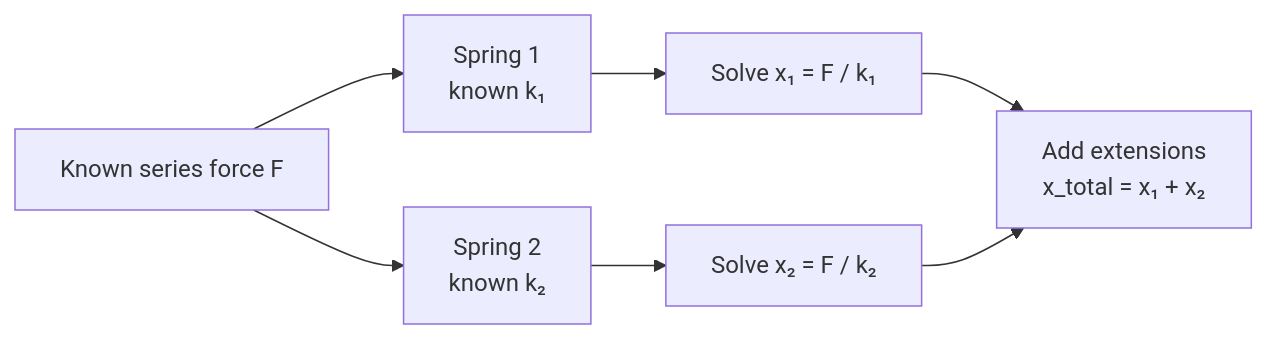
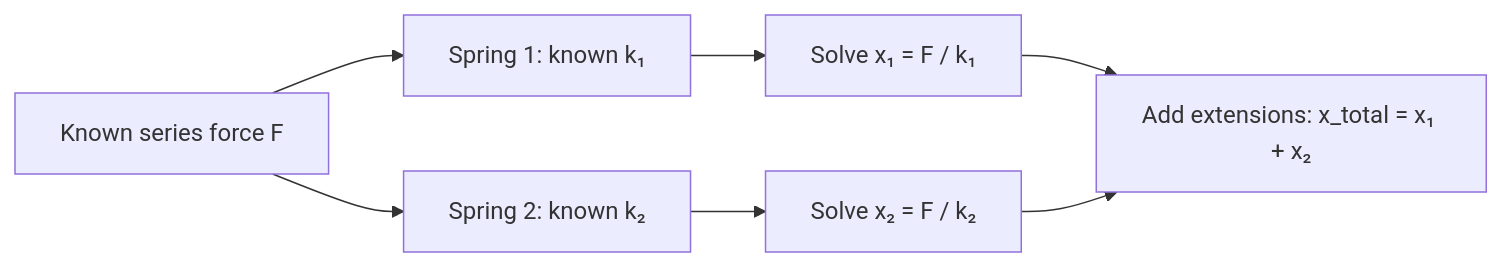
One commit to aviation-impact-accelerator/bilt changed the third of 3 diagrams in docs/worked_examples/two-springs-in-series.md. Above: the diagram before and after it, drawn with Mermaid. The commit also changed other lines of this file and 3 other files, not shown here.

````diff
--- a/docs/worked_examples/two-springs-in-series.md
+++ b/docs/worked_examples/two-springs-in-series.md
@@ -536,11 +561,11 @@
 ```mermaid
 flowchart LR
-    force["Known series force F"] --> spring1["Spring 1<br/>known k₁"]
-    force --> spring2["Spring 2<br/>known k₂"]
+    force["Known series force F"] --> spring1["Spring 1: known k₁"]
+    force --> spring2["Spring 2: known k₂"]
 
     spring1 --> x1["Solve x₁ = F / k₁"]
     spring2 --> x2["Solve x₂ = F / k₂"]
 
-    x1 --> total["Add extensions<br/>x_total = x₁ + x₂"]
+    x1 --> total["Add extensions: x_total = x₁ + x₂"]
     x2 --> total
 ```
````
